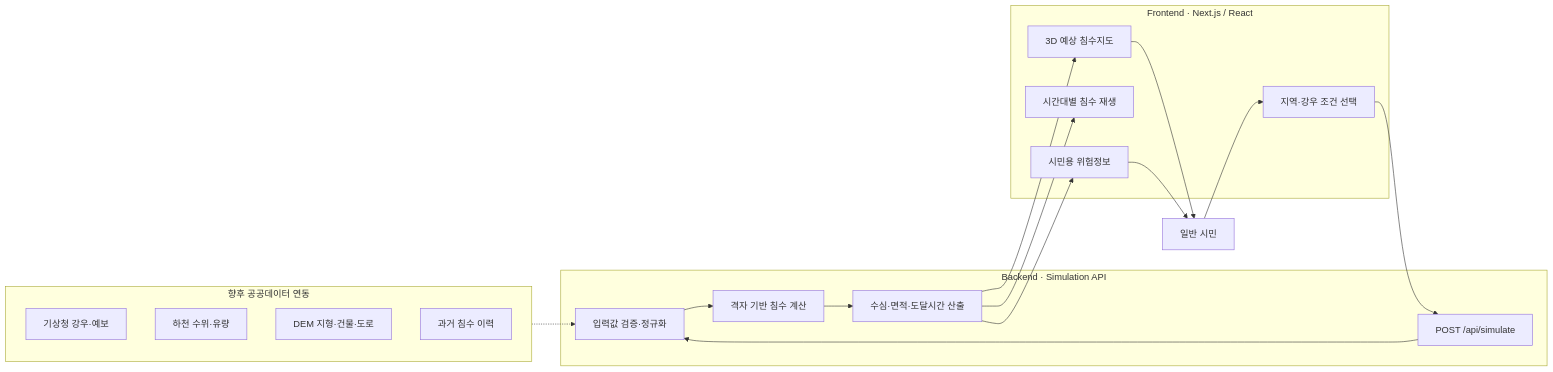
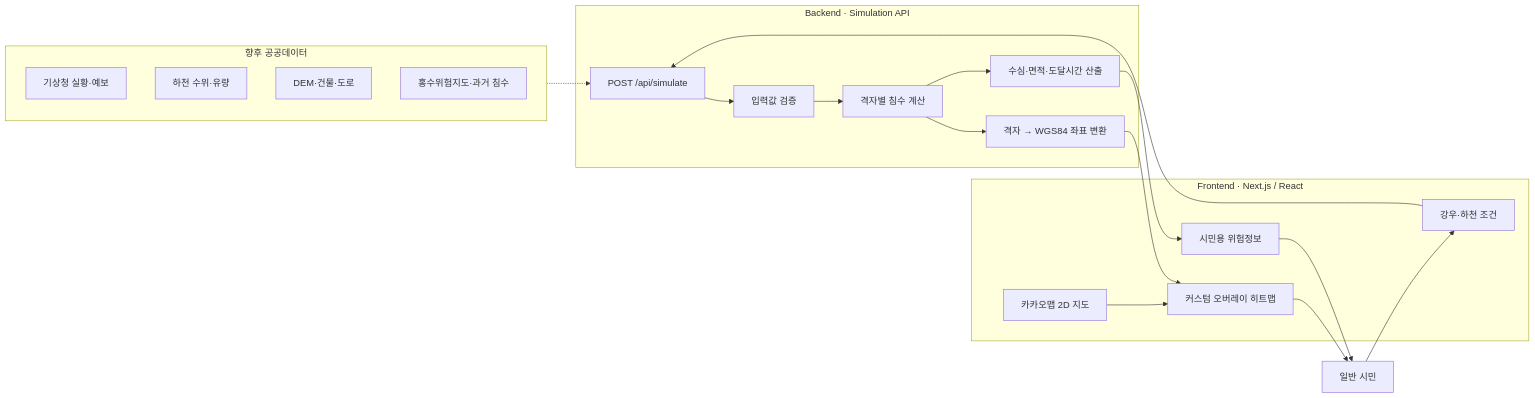
The diagram in README.md (fud21/2026_GDGoC_SCH), drawn with Mermaid before and after one commit. The commit also changed other lines of this file and 41 other files, not shown here.

````diff
--- a/README.md
+++ b/README.md
@@ -88,37 +69,34 @@
 ```mermaid
 flowchart LR
     USER["일반 시민"]
 
     subgraph FRONTEND["Frontend · Next.js / React"]
-        REGION["지역·강우 조건 선택"]
-        MAP["3D 예상 침수지도"]
-        TIMELINE["시간대별 침수 재생"]
+        INPUT["강우·하천 조건"]
+        KMAP["카카오맵 2D 지도"]
+        HEAT["커스텀 오버레이 히트맵"]
         RESULT["시민용 위험정보"]
     end
 
     subgraph BACKEND["Backend · Simulation API"]
         API["POST /api/simulate"]
-        VALIDATE["입력값 검증·정규화"]
-        MODEL["격자 기반 침수 계산"]
+        VALIDATE["입력값 검증"]
+        MODEL["격자별 침수 계산"]
+        GEO["격자 → WGS84 좌표 변환"]
         METRICS["수심·면적·도달시간 산출"]
     end
 
-    subgraph DATA["향후 공공데이터 연동"]
-        WEATHER["기상청 강우·예보"]
+    subgraph FUTURE["향후 공공데이터"]
+        WEATHER["기상청 실황·예보"]
         WATER["하천 수위·유량"]
-        TERRAIN["DEM 지형·건물·도로"]
-        FLOOD["과거 침수 이력"]
+        TERRAIN["DEM·건물·도로"]
+        HISTORY["홍수위험지도·과거 침수"]
     end
 
-    USER --> REGION
-    REGION --> API
-    DATA -.-> VALIDATE
-    API --> VALIDATE
-    VALIDATE --> MODEL
-    MODEL --> METRICS
-    METRICS --> MAP
-    METRICS --> TIMELINE
-    METRICS --> RESULT
-    MAP --> USER
+    USER --> INPUT --> API
+    FUTURE -.-> API
+    API --> VALIDATE --> MODEL
+    MODEL --> GEO --> HEAT
+    MODEL --> METRICS --> RESULT
+    KMAP --> HEAT --> USER
     RESULT --> USER
 ```
````
